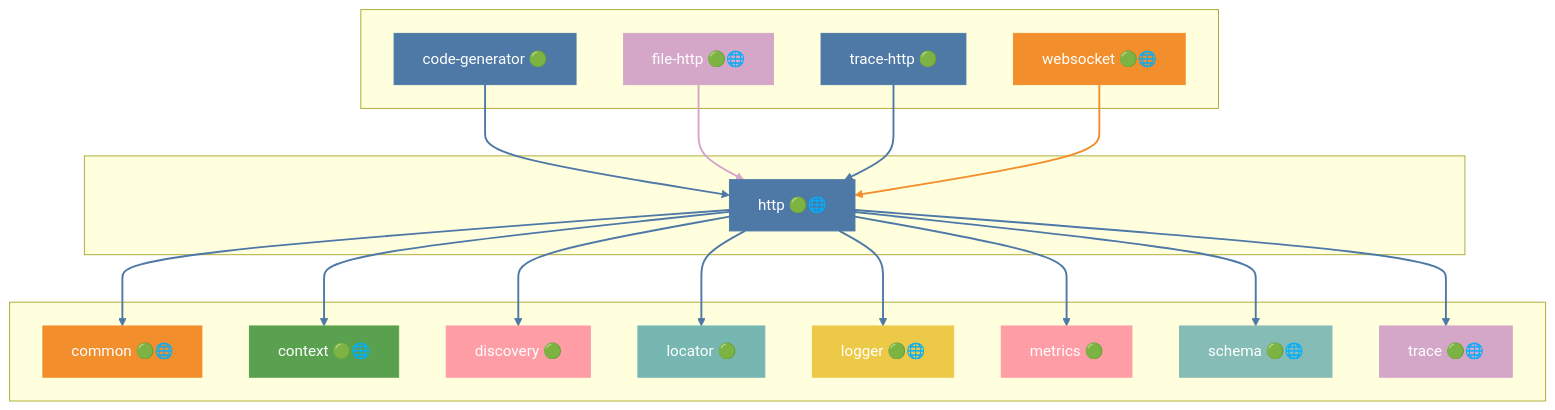
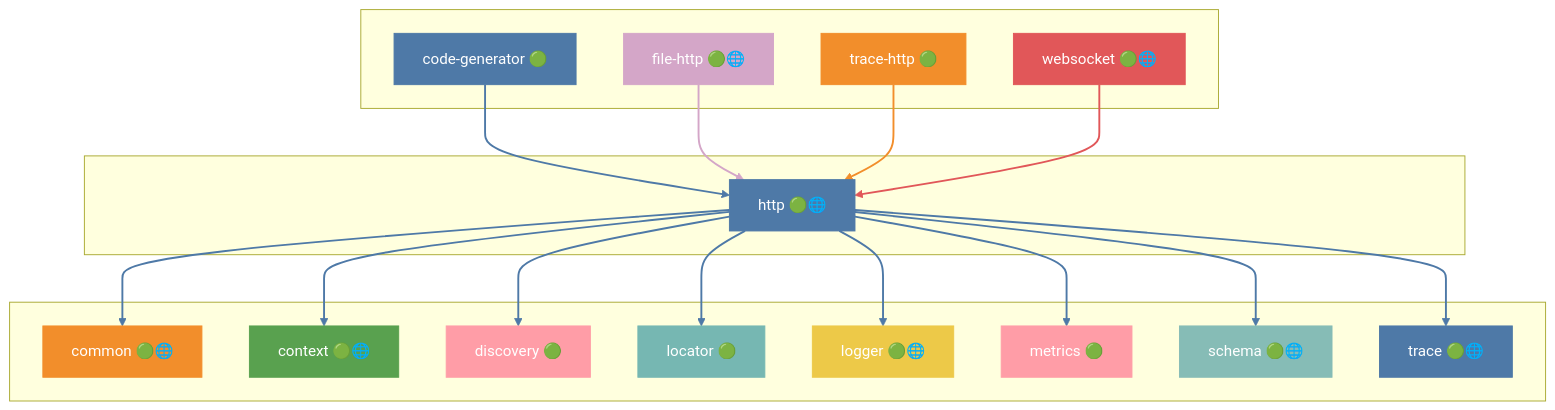
One commit to grest-ts/grest-ts changed diagram 20 of 41 in docs/DEPENDENCIES.md. Above: the diagram before and after it, drawn with Mermaid. The commit also changed other lines of this file and 31 other files, not shown here.

````diff
--- a/docs/DEPENDENCIES.md
+++ b/docs/DEPENDENCIES.md
@@ -975,59 +977,59 @@
 ```mermaid
 flowchart TB
     subgraph Dependents[" "]
         code-generator["code-generator 🟢"]
         file-http["file-http 🟢🌐"]
         trace-http["trace-http 🟢"]
         websocket["websocket 🟢🌐"]
     end
     subgraph Package[" "]
         http["http 🟢🌐"]
     end
     subgraph Dependencies[" "]
         common["common 🟢🌐"]
         context["context 🟢🌐"]
         discovery["discovery 🟢"]
         locator["locator 🟢"]
         logger["logger 🟢🌐"]
         metrics["metrics 🟢"]
         schema["schema 🟢🌐"]
         trace["trace 🟢🌐"]
     end
     code-generator --> http
     file-http --> http
     trace-http --> http
     websocket --> http
     http --> common
     http --> context
     http --> discovery
     http --> locator
     http --> logger
     http --> metrics
     http --> schema
     http --> trace
     style http fill:#4E79A7,stroke:#4E79A7,color:#fff
     style code-generator fill:#4E79A7,stroke:#4E79A7,color:#fff
     style file-http fill:#D4A6C8,stroke:#D4A6C8,color:#fff
-    style trace-http fill:#4E79A7,stroke:#4E79A7,color:#fff
-    style websocket fill:#F28E2B,stroke:#F28E2B,color:#fff
+    style trace-http fill:#F28E2B,stroke:#F28E2B,color:#fff
+    style websocket fill:#E15759,stroke:#E15759,color:#fff
     style common fill:#F28E2B,stroke:#F28E2B,color:#fff
     style context fill:#59A14F,stroke:#59A14F,color:#fff
     style discovery fill:#FF9DA7,stroke:#FF9DA7,color:#fff
     style locator fill:#76B7B2,stroke:#76B7B2,color:#fff
     style logger fill:#EDC948,stroke:#EDC948,color:#fff
     style metrics fill:#FF9DA7,stroke:#FF9DA7,color:#fff
     style schema fill:#86BCB6,stroke:#86BCB6,color:#fff
-    style trace fill:#D4A6C8,stroke:#D4A6C8,color:#fff
+    style trace fill:#4E79A7,stroke:#4E79A7,color:#fff
     linkStyle 0 stroke:#4E79A7,stroke-width:2px
     linkStyle 1 stroke:#D4A6C8,stroke-width:2px
-    linkStyle 2 stroke:#4E79A7,stroke-width:2px
-    linkStyle 3 stroke:#F28E2B,stroke-width:2px
+    linkStyle 2 stroke:#F28E2B,stroke-width:2px
+    linkStyle 3 stroke:#E15759,stroke-width:2px
     linkStyle 4 stroke:#4E79A7,stroke-width:2px
     linkStyle 5 stroke:#4E79A7,stroke-width:2px
     linkStyle 6 stroke:#4E79A7,stroke-width:2px
     linkStyle 7 stroke:#4E79A7,stroke-width:2px
     linkStyle 8 stroke:#4E79A7,stroke-width:2px
     linkStyle 9 stroke:#4E79A7,stroke-width:2px
     linkStyle 10 stroke:#4E79A7,stroke-width:2px
     linkStyle 11 stroke:#4E79A7,stroke-width:2px
 ```
````
